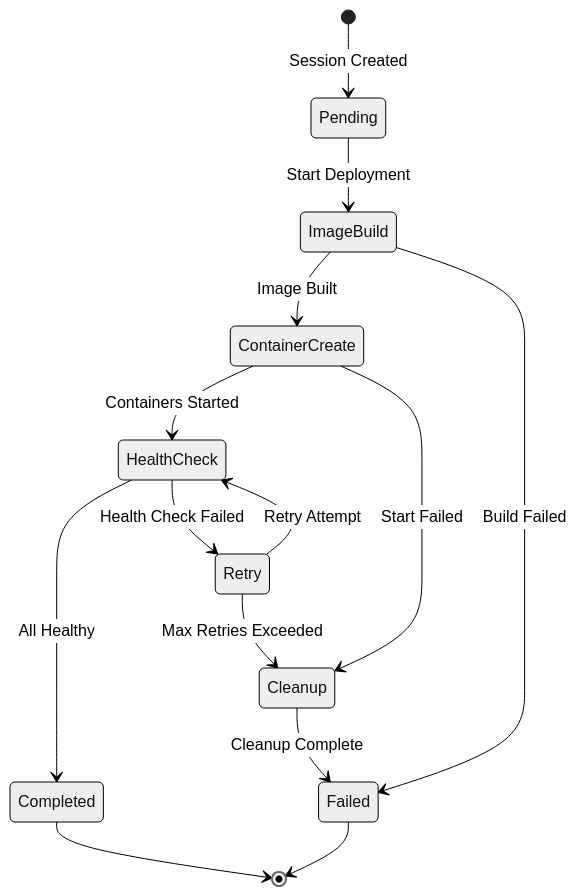
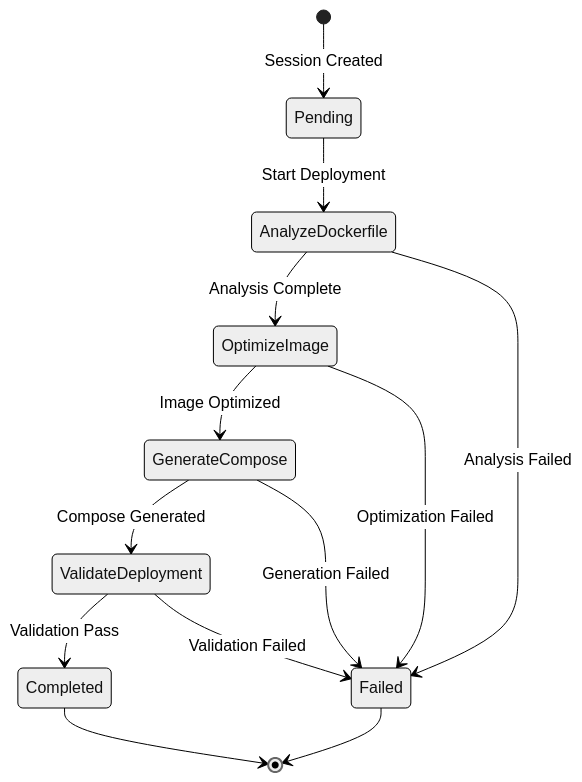
Before and after one commit to axtion-io/TestBoost: the third of 6 diagrams in docs/workflow-diagrams.md, drawn with Mermaid (neutral theme). The commit also changed other lines of this file and 25 other files, not shown here.

````diff
--- a/docs/workflow-diagrams.md
+++ b/docs/workflow-diagrams.md
@@ -123,23 +136,21 @@
 ```mermaid
 stateDiagram-v2
     [*] --> Pending: Session Created
 
-    Pending --> ImageBuild: Start Deployment
+    Pending --> AnalyzeDockerfile: Start Deployment
 
-    ImageBuild --> ContainerCreate: Image Built
-    ImageBuild --> Failed: Build Failed
+    AnalyzeDockerfile --> OptimizeImage: Analysis Complete
+    AnalyzeDockerfile --> Failed: Analysis Failed
 
-    ContainerCreate --> HealthCheck: Containers Started
-    ContainerCreate --> Cleanup: Start Failed
+    OptimizeImage --> GenerateCompose: Image Optimized
+    OptimizeImage --> Failed: Optimization Failed
 
-    HealthCheck --> Completed: All Healthy
-    HealthCheck --> Retry: Health Check Failed
+    GenerateCompose --> ValidateDeployment: Compose Generated
+    GenerateCompose --> Failed: Generation Failed
 
-    Retry --> HealthCheck: Retry Attempt
-    Retry --> Cleanup: Max Retries Exceeded
-
-    Cleanup --> Failed: Cleanup Complete
+    ValidateDeployment --> Completed: Validation Pass
+    ValidateDeployment --> Failed: Validation Failed
 
     Completed --> [*]
     Failed --> [*]
 ```
````
